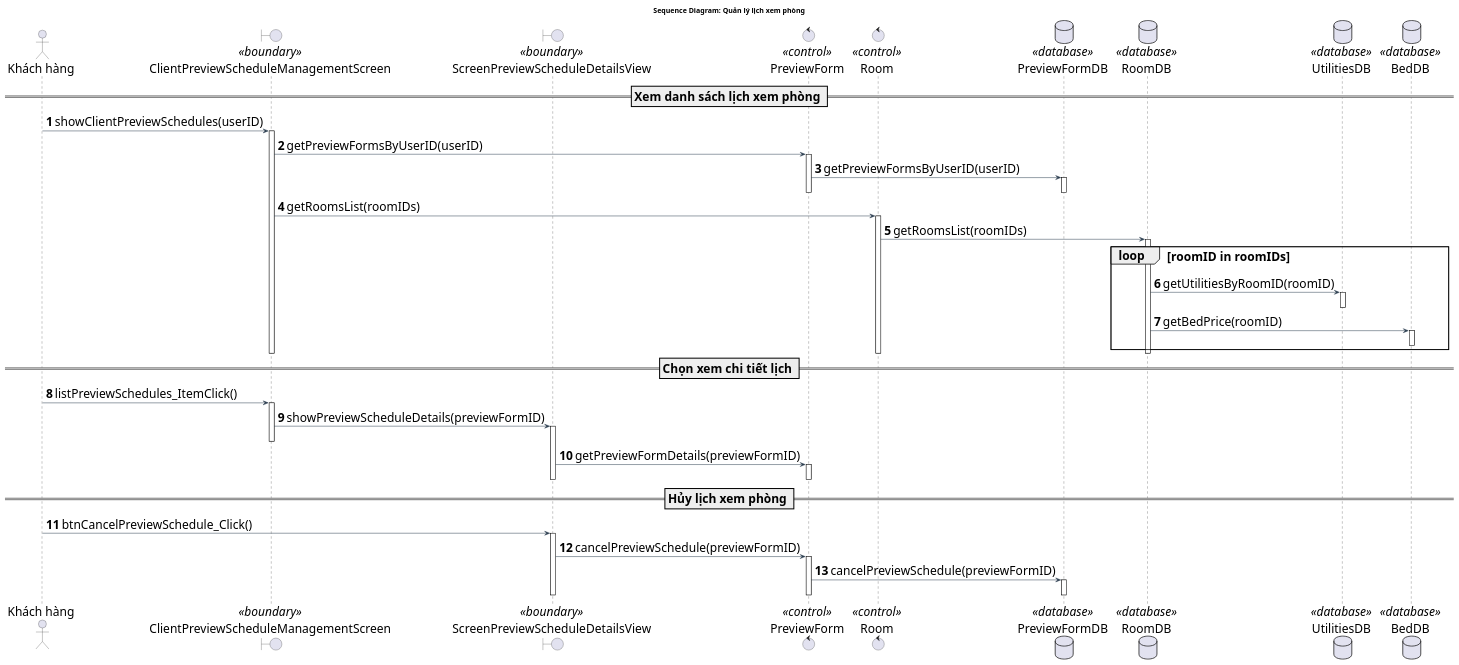
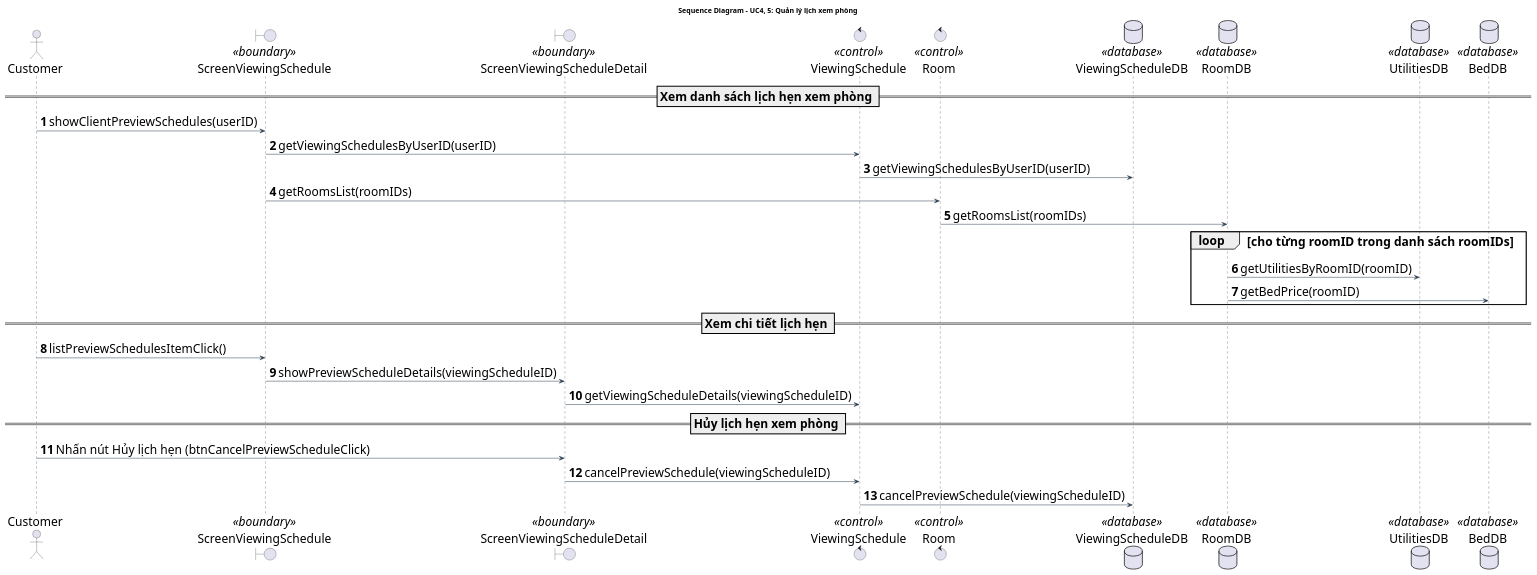
The diagram in doc/system/quan_ly_lich_xem_phong/quan_ly_lich_xem_phong_seq.wsd (Gnourt812005/HCMUS-Analyze-and-desgin-IS), drawn with PlantUML before and after one commit. The commit also changed 48 other files, not shown here.

Commit message:
sys-uc: align format diagram

```diff
--- a/doc/system/quan_ly_lich_xem_phong/quan_ly_lich_xem_phong_seq.wsd
+++ b/doc/system/quan_ly_lich_xem_phong/quan_ly_lich_xem_phong_seq.wsd
@@ -1,93 +1,54 @@
 @startuml QuanLyLichXemPhong_SequenceDiagram
-title Sequence Diagram: Quản lý lịch xem phòng
+title Sequence Diagram - UC4, 5: Quản lý lịch xem phòng
 
 ' --- STYLE CONFIGURATION ---
 skinparam {
     BackgroundColor White
     ArrowColor #2D3E50
     DefaultFontName "Arial"
     DefaultFontSize 24
     ParticipantPadding 20
     BoxPadding 10
 }
 
-actor "Khách hàng" as Actor
-boundary "ClientPreviewScheduleManagementScreen" as GUI_List <<boundary>>
-boundary "ScreenPreviewScheduleDetailsView" as GUI_Details <<boundary>>
+actor "Customer" as Actor
+boundary "ScreenViewingSchedule" as GUI_List <<boundary>>
+boundary "ScreenViewingScheduleDetail" as GUI_Details <<boundary>>
 
-control "PreviewForm" as BUS_Preview <<control>>
+control "ViewingSchedule" as BUS_Preview <<control>>
 control "Room" as BUS_Room <<control>>
 
-database "PreviewFormDB" as DAO_Preview <<database>>
-database "RoomDB" as DAO_Room <<database>>
-database "UtilitiesDB" as DAO_Utils <<database>>
-database "BedDB" as DAO_Bed <<database>>
+database "ViewingScheduleDB" as DB_Preview <<database>>
+database "RoomDB" as DB_Room <<database>>
+database "UtilitiesDB" as DB_Utils <<database>>
+database "BedDB" as DB_Bed <<database>>
 
 autonumber
 
-== Xem danh sách lịch xem phòng ==
+== Xem danh sách lịch hẹn xem phòng ==
 
 Actor -> GUI_List: showClientPreviewSchedules(userID)
-activate GUI_List
-
-GUI_List -> BUS_Preview: getPreviewFormsByUserID(userID)
-activate BUS_Preview
-
-BUS_Preview -> DAO_Preview: getPreviewFormsByUserID(userID)
-activate DAO_Preview
-deactivate DAO_Preview
-deactivate BUS_Preview
+GUI_List -> BUS_Preview: getViewingSchedulesByUserID(userID)
+BUS_Preview -> DB_Preview: getViewingSchedulesByUserID(userID)
 
 GUI_List -> BUS_Room: getRoomsList(roomIDs)
-activate BUS_Room
+BUS_Room -> DB_Room: getRoomsList(roomIDs)
 
-BUS_Room -> DAO_Room: getRoomsList(roomIDs)
-activate DAO_Room
-
-loop roomID in roomIDs
-    DAO_Room -> DAO_Utils: getUtilitiesByRoomID(roomID)
-    activate DAO_Utils
-    deactivate DAO_Utils
-
-    DAO_Room -> DAO_Bed: getBedPrice(roomID)
-    activate DAO_Bed
-    deactivate DAO_Bed
+loop cho từng roomID trong danh sách roomIDs
+    DB_Room -> DB_Utils: getUtilitiesByRoomID(roomID)
+    DB_Room -> DB_Bed: getBedPrice(roomID)
 end
 
-deactivate DAO_Room
-deactivate BUS_Room
-deactivate GUI_List
+== Xem chi tiết lịch hẹn ==
 
+Actor -> GUI_List: listPreviewSchedulesItemClick()
+GUI_List -> GUI_Details: showPreviewScheduleDetails(viewingScheduleID)
+GUI_Details -> BUS_Preview: getViewingScheduleDetails(viewingScheduleID)
 
-== Chọn xem chi tiết lịch ==
+== Hủy lịch hẹn xem phòng ==
 
-Actor -> GUI_List: listPreviewSchedules_ItemClick()
-activate GUI_List
-
-GUI_List -> GUI_Details: showPreviewScheduleDetails(previewFormID)
-activate GUI_Details
-deactivate GUI_List
-
-GUI_Details -> BUS_Preview: getPreviewFormDetails(previewFormID)
-activate BUS_Preview
-deactivate BUS_Preview
-
-deactivate GUI_Details
-
-
-== Hủy lịch xem phòng ==
-
-Actor -> GUI_Details: btnCancelPreviewSchedule_Click()
-activate GUI_Details
-
-GUI_Details -> BUS_Preview: cancelPreviewSchedule(previewFormID)
-activate BUS_Preview
-
-BUS_Preview -> DAO_Preview: cancelPreviewSchedule(previewFormID)
-activate DAO_Preview
-deactivate DAO_Preview
-
-deactivate BUS_Preview
-deactivate GUI_Details
+Actor -> GUI_Details: Nhấn nút Hủy lịch hẹn (btnCancelPreviewScheduleClick)
+GUI_Details -> BUS_Preview: cancelPreviewSchedule(viewingScheduleID)
+BUS_Preview -> DB_Preview: cancelPreviewSchedule(viewingScheduleID)
 
 @enduml
```
